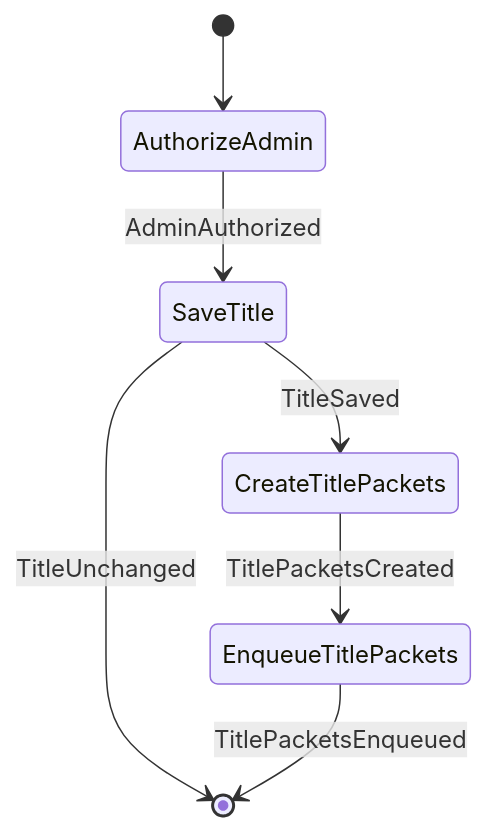
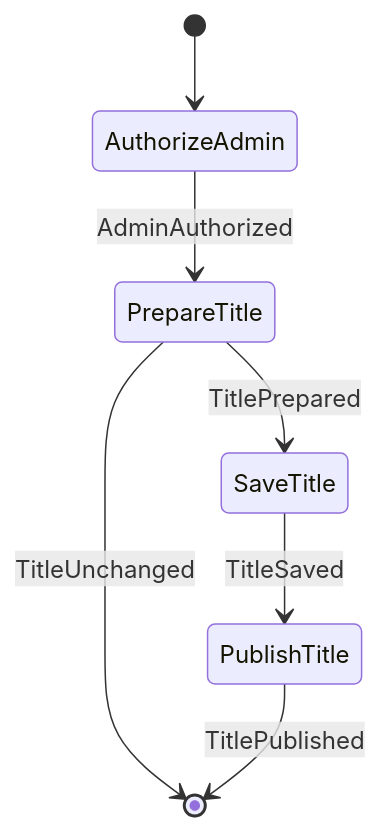
One commit to cbgm/Sparrow changed the eighth of 19 diagrams in docs/architecture/workflows/groupstate.md. Above: the diagram before and after it, drawn with Mermaid. The commit also changed other lines of this file and 193 other files, not shown here.

````diff
--- a/docs/architecture/workflows/groupstate.md
+++ b/docs/architecture/workflows/groupstate.md
@@ -183,9 +205,9 @@
 ```mermaid
 stateDiagram-v2
     [*] --> AuthorizeAdmin
-    AuthorizeAdmin --> SaveTitle : AdminAuthorized
-    SaveTitle --> CreateTitlePackets : TitleSaved
-    SaveTitle --> [*] : TitleUnchanged
-    CreateTitlePackets --> EnqueueTitlePackets : TitlePacketsCreated
-    EnqueueTitlePackets --> [*] : TitlePacketsEnqueued
+    AuthorizeAdmin --> PrepareTitle : AdminAuthorized
+    PrepareTitle --> SaveTitle : TitlePrepared
+    PrepareTitle --> [*] : TitleUnchanged
+    SaveTitle --> PublishTitle : TitleSaved
+    PublishTitle --> [*] : TitlePublished
 ```
````
